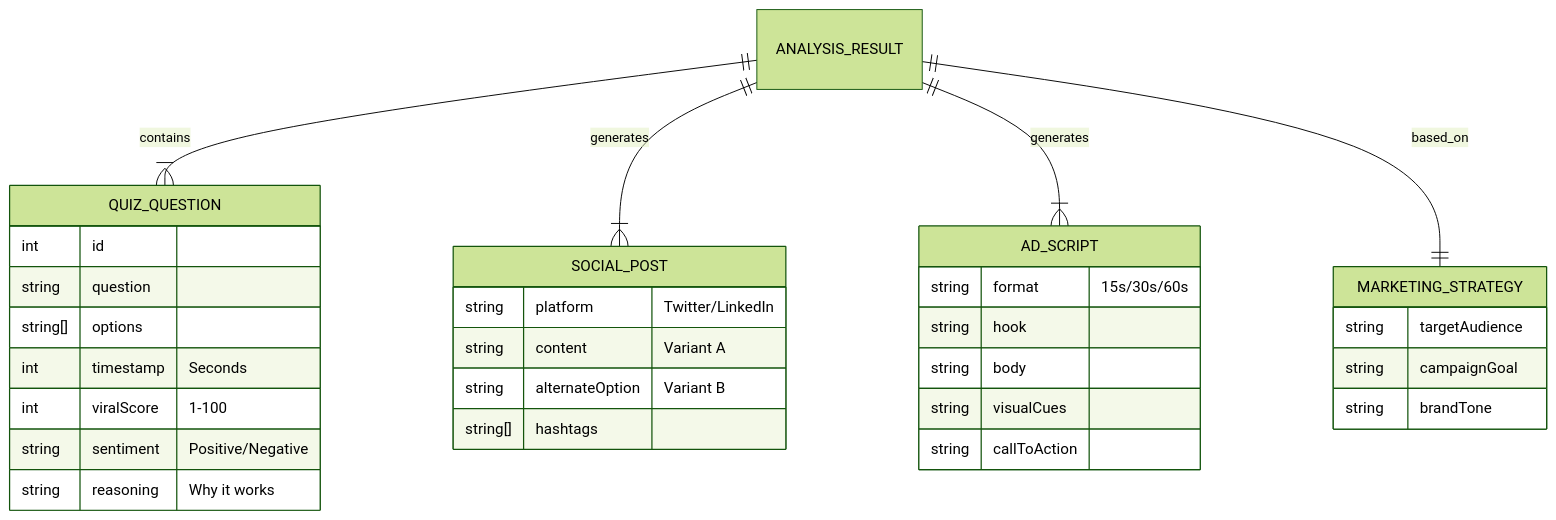
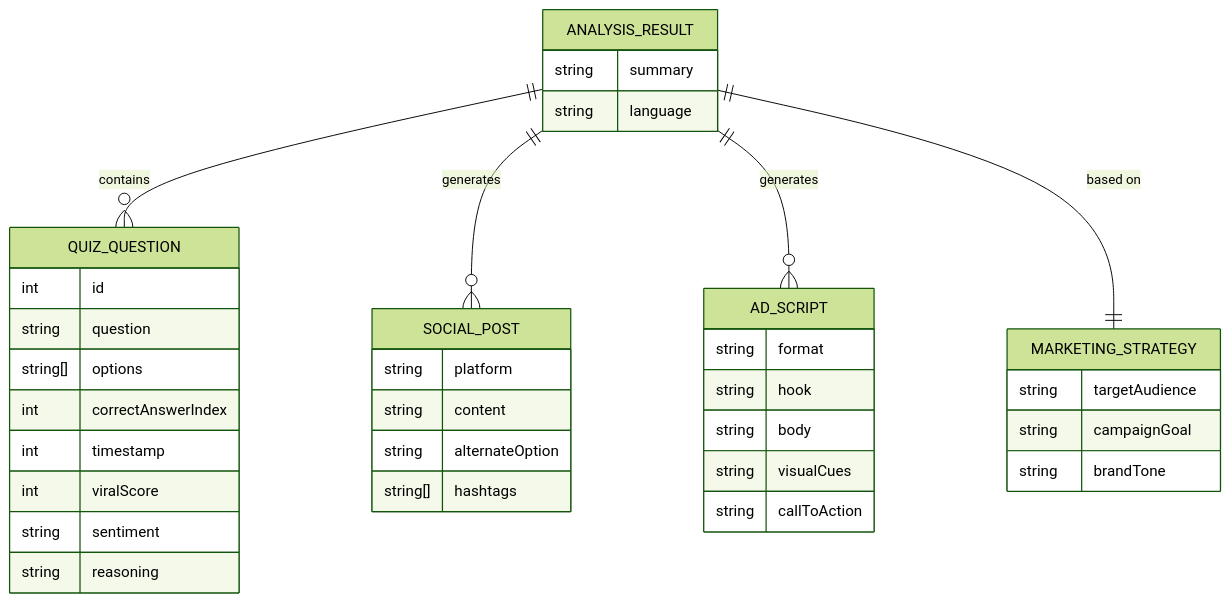
One commit to MasteraSnackin/AmplifyAI changed the third of 3 diagrams in ARCHITECTURE.md. Above: the diagram before and after it, drawn with Mermaid (forest theme). The commit also changed other lines of this file, not shown here.

Commit message:
docs: rewrite ARCHITECTURE.md with detailed professional system documentation

````diff
--- a/ARCHITECTURE.md
+++ b/ARCHITECTURE.md
@@ -162,38 +153,40 @@
 ```mermaid
 erDiagram
-    ANALYSIS_RESULT ||--|{ QUIZ_QUESTION : contains
-    ANALYSIS_RESULT ||--|{ SOCIAL_POST : generates
-    ANALYSIS_RESULT ||--|{ AD_SCRIPT : generates
-    ANALYSIS_RESULT ||--|| MARKETING_STRATEGY : based_on
+    ANALYSIS_RESULT ||--o{ QUIZ_QUESTION : contains
+    ANALYSIS_RESULT ||--o{ SOCIAL_POST : generates
+    ANALYSIS_RESULT ||--o{ AD_SCRIPT : generates
+    ANALYSIS_RESULT ||--|| MARKETING_STRATEGY : "based on"
 
+    ANALYSIS_RESULT {
+        string summary
+        string language
+    }
     MARKETING_STRATEGY {
         string targetAudience
         string campaignGoal
         string brandTone
     }
-
     QUIZ_QUESTION {
         int id
         string question
         string[] options
-        int timestamp "Seconds"
-        int viralScore "1-100"
-        string sentiment "Positive/Negative"
-        string reasoning "Why it works"
+        int correctAnswerIndex
+        int timestamp
+        int viralScore
+        string sentiment
+        string reasoning
     }
-
     SOCIAL_POST {
-        string platform "Twitter/LinkedIn"
-        string content "Variant A"
-        string alternateOption "Variant B"
+        string platform
+        string content
+        string alternateOption
         string[] hashtags
     }
-
     AD_SCRIPT {
-        string format "15s/30s/60s"
+        string format
         string hook
         string body
         string visualCues
         string callToAction
     }
 ```
````
